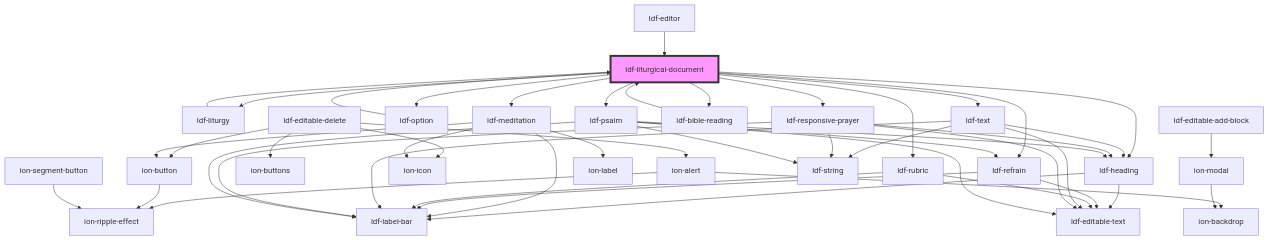
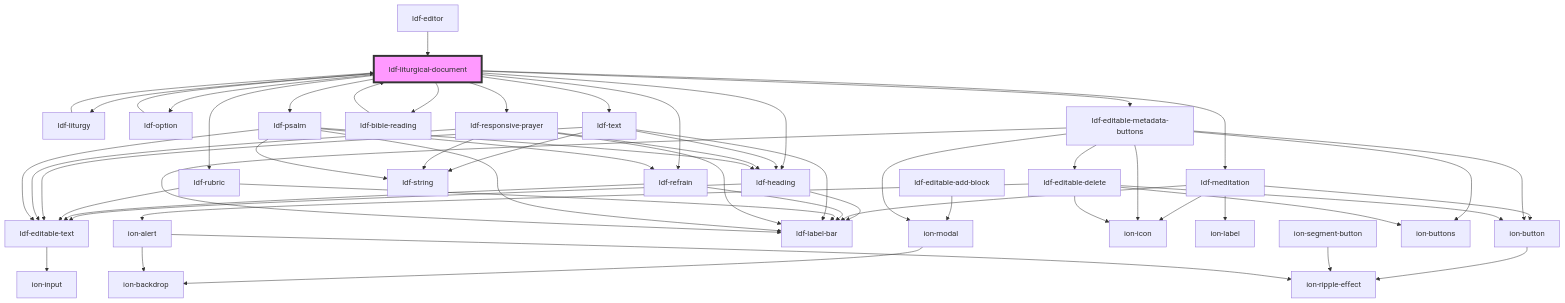
One commit to gbj/venite changed the diagram in components/src/components/liturgical-document/readme.md. Above: the diagram before and after it, drawn with Mermaid. The commit also changed other lines of this file and 22 other files, not shown here.

````diff
--- a/components/src/components/liturgical-document/readme.md
+++ b/components/src/components/liturgical-document/readme.md
@@ -48,51 +50,59 @@
 ```mermaid
 graph TD;
   ldf-liturgical-document --> ldf-liturgy
   ldf-liturgical-document --> ldf-heading
   ldf-liturgical-document --> ldf-meditation
   ldf-liturgical-document --> ldf-option
   ldf-liturgical-document --> ldf-refrain
   ldf-liturgical-document --> ldf-rubric
   ldf-liturgical-document --> ldf-text
   ldf-liturgical-document --> ldf-responsive-prayer
   ldf-liturgical-document --> ldf-bible-reading
   ldf-liturgical-document --> ldf-psalm
+  ldf-liturgical-document --> ldf-editable-metadata-buttons
   ldf-liturgy --> ldf-liturgical-document
-  ldf-editable-delete --> ion-alert
-  ldf-editable-delete --> ion-buttons
-  ldf-editable-delete --> ion-button
-  ldf-editable-delete --> ion-icon
-  ion-alert --> ion-ripple-effect
-  ion-alert --> ion-backdrop
-  ion-button --> ion-ripple-effect
   ldf-editable-add-block --> ion-modal
   ion-modal --> ion-backdrop
   ldf-heading --> ldf-editable-text
   ldf-heading --> ldf-label-bar
+  ldf-editable-text --> ion-input
   ldf-meditation --> ion-button
   ldf-meditation --> ion-icon
   ldf-meditation --> ion-label
   ldf-meditation --> ldf-label-bar
+  ion-button --> ion-ripple-effect
   ldf-option --> ldf-liturgical-document
   ion-segment-button --> ion-ripple-effect
   ldf-refrain --> ldf-label-bar
   ldf-refrain --> ldf-editable-text
   ldf-rubric --> ldf-label-bar
   ldf-rubric --> ldf-editable-text
   ldf-text --> ldf-label-bar
   ldf-text --> ldf-heading
   ldf-text --> ldf-editable-text
   ldf-text --> ldf-string
   ldf-responsive-prayer --> ldf-editable-text
   ldf-responsive-prayer --> ldf-string
   ldf-responsive-prayer --> ldf-label-bar
   ldf-responsive-prayer --> ldf-heading
   ldf-bible-reading --> ldf-liturgical-document
   ldf-psalm --> ldf-refrain
   ldf-psalm --> ldf-heading
   ldf-psalm --> ldf-label-bar
   ldf-psalm --> ldf-editable-text
   ldf-psalm --> ldf-string
+  ldf-editable-metadata-buttons --> ion-modal
+  ldf-editable-metadata-buttons --> ldf-label-bar
+  ldf-editable-metadata-buttons --> ion-buttons
+  ldf-editable-metadata-buttons --> ion-button
+  ldf-editable-metadata-buttons --> ion-icon
+  ldf-editable-metadata-buttons --> ldf-editable-delete
+  ldf-editable-delete --> ion-alert
+  ldf-editable-delete --> ion-buttons
+  ldf-editable-delete --> ion-button
+  ldf-editable-delete --> ion-icon
+  ion-alert --> ion-ripple-effect
+  ion-alert --> ion-backdrop
   ldf-editor --> ldf-liturgical-document
   style ldf-liturgical-document fill:#f9f,stroke:#333,stroke-width:4px
 ```
````
